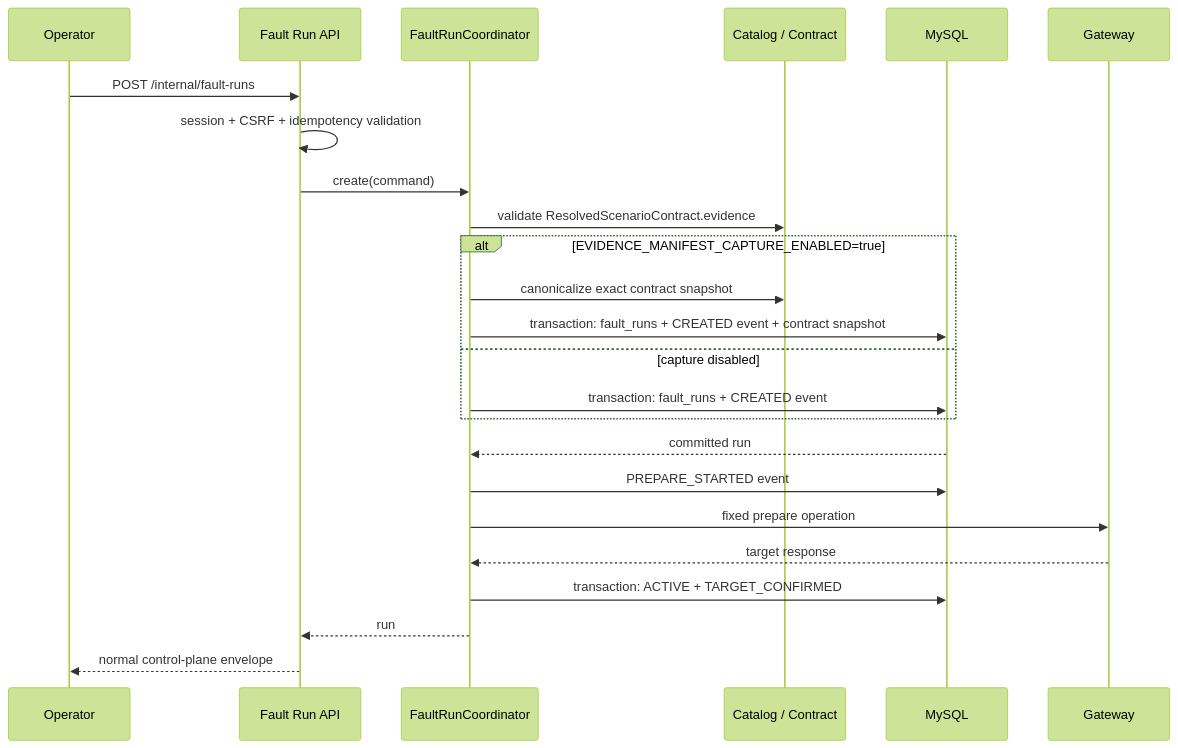
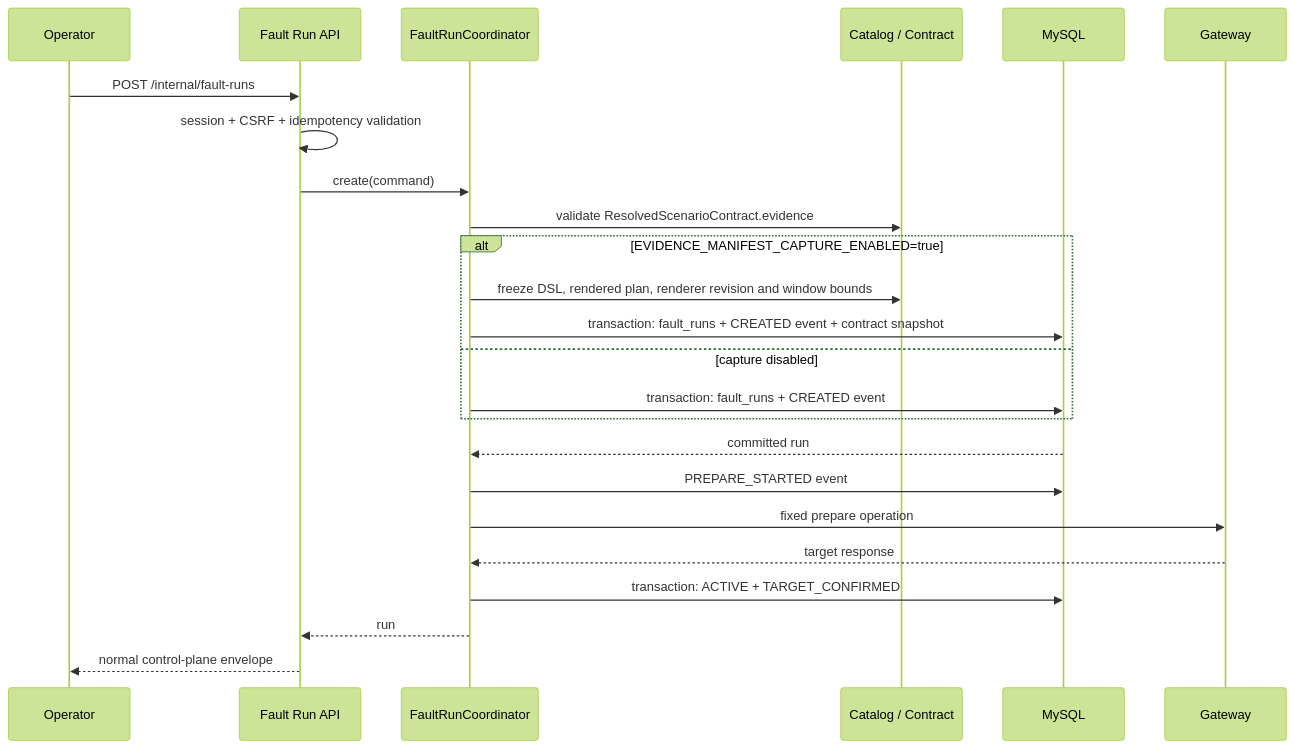
Before and after one commit to asatasinon/mall-chaos: the first of 2 diagrams in docs/castrel-evolution/implementation/batch-4-evidence-query/tech.md, drawn with Mermaid (forest theme). The commit also changed other lines of this file and 3 other files, not shown here.

Commit message:
Feature #Castrel-001 Castrel Chaos 后续 roadmap - P3 - 开发

````diff
--- a/docs/castrel-evolution/implementation/batch-4-evidence-query/tech.md
+++ b/docs/castrel-evolution/implementation/batch-4-evidence-query/tech.md
@@ -127,27 +131,27 @@
 ```mermaid
 sequenceDiagram
   participant O as Operator
   participant API as Fault Run API
   participant C as FaultRunCoordinator
   participant K as Catalog / Contract
   participant DB as MySQL
   participant G as Gateway
 
   O->>API: POST /internal/fault-runs
   API->>API: session + CSRF + idempotency validation
   API->>C: create(command)
   C->>K: validate ResolvedScenarioContract.evidence
   alt EVIDENCE_MANIFEST_CAPTURE_ENABLED=true
-    C->>K: canonicalize exact contract snapshot
+    C->>K: freeze DSL, rendered plan, renderer revision and window bounds
     C->>DB: transaction: fault_runs + CREATED event + contract snapshot
   else capture disabled
     C->>DB: transaction: fault_runs + CREATED event
   end
   DB-->>C: committed run
   C->>DB: PREPARE_STARTED event
   C->>G: fixed prepare operation
   G-->>C: target response
   C->>DB: transaction: ACTIVE + TARGET_CONFIRMED
   C-->>API: run
   API-->>O: normal control-plane envelope
 ```
````
